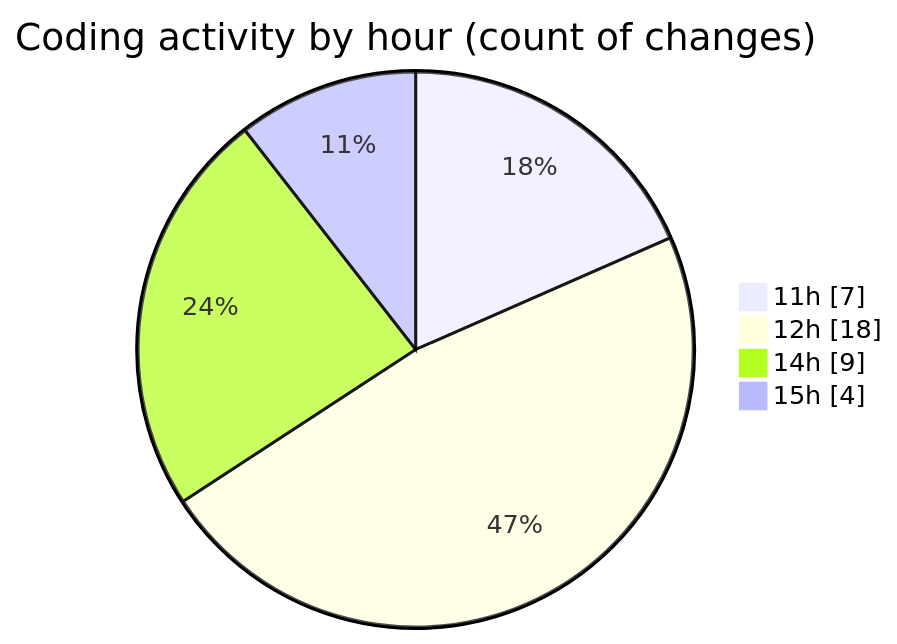
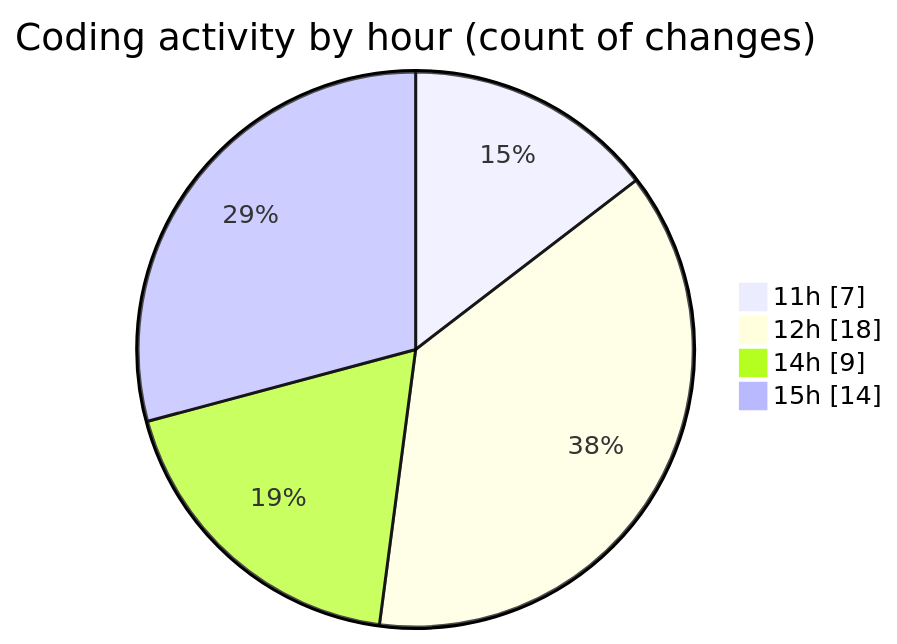
Before and after one commit to nxtqubesakshisongat/code-tracking: the second of 2 diagrams in 2025-09-25/nxtqube_webapp/README.md, drawn with Mermaid. The commit also changed other lines of this file and 1 other file, not shown here.

````diff
--- a/2025-09-25/nxtqube_webapp/README.md
+++ b/2025-09-25/nxtqube_webapp/README.md
@@ -29,8 +31,8 @@
 ```mermaid
 pie showData
 title Coding activity by hour (count of changes)
 "11h" : 7
 "12h" : 18
 "14h" : 9
-"15h" : 4
+"15h" : 14
 ```
````
